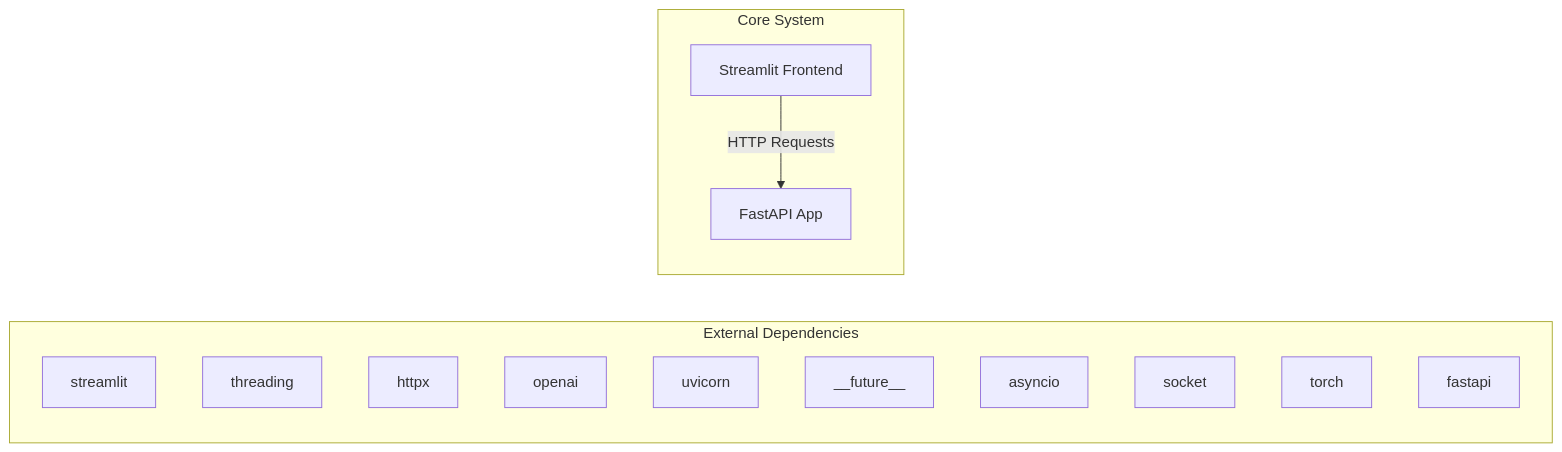
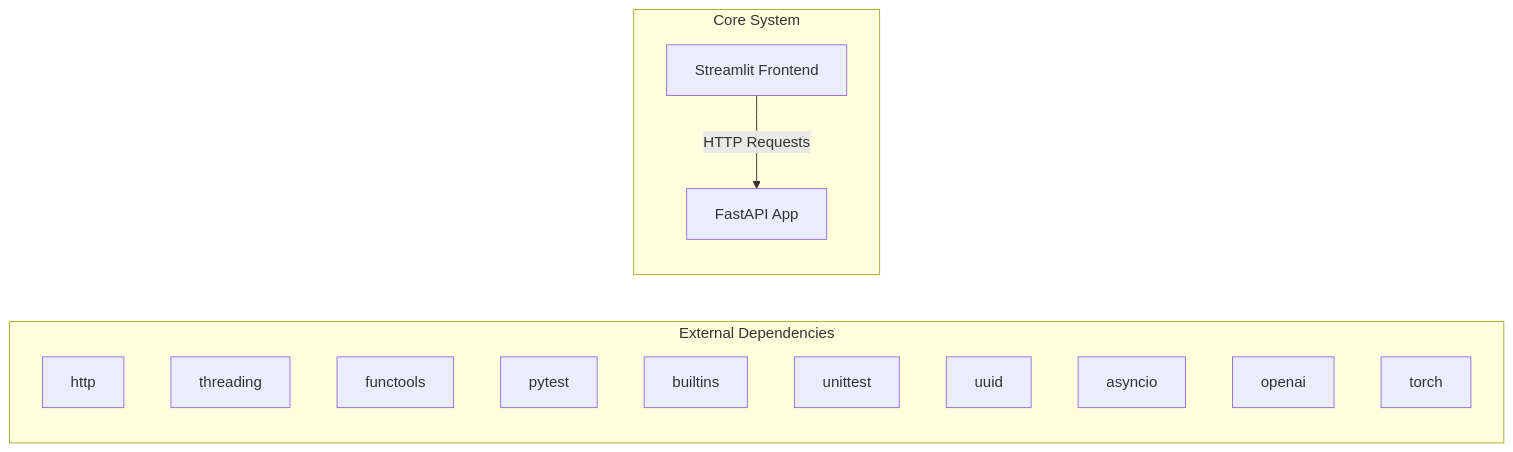
The first of 2 diagrams in docs/architecture.md (NITISH-R-G/rag-context-optimizer), drawn with Mermaid before and after one commit. The commit also changed 1 other file, not shown here.

Commit message:
docs: auto-update repository knowledge, architecture diagrams, and documentation

````diff
--- a/docs/architecture.md
+++ b/docs/architecture.md
@@ -7,20 +7,20 @@
 ```mermaid
 graph LR
     subgraph External Dependencies
-        E0["streamlit"]
+        E0["http"]
         E1["threading"]
-        E2["httpx"]
-        E3["openai"]
-        E4["uvicorn"]
-        E5["__future__"]
-        E6["asyncio"]
-        E7["socket"]
-        E8["torch"]
-        E9["fastapi"]
+        E2["functools"]
+        E3["pytest"]
+        E4["builtins"]
+        E5["unittest"]
+        E6["uuid"]
+        E7["asyncio"]
+        E8["openai"]
+        E9["torch"]
     end
     subgraph Core System
         API["FastAPI App"]
         UI["Streamlit Frontend"]
     end
     UI -->|HTTP Requests| API
 ```
````
